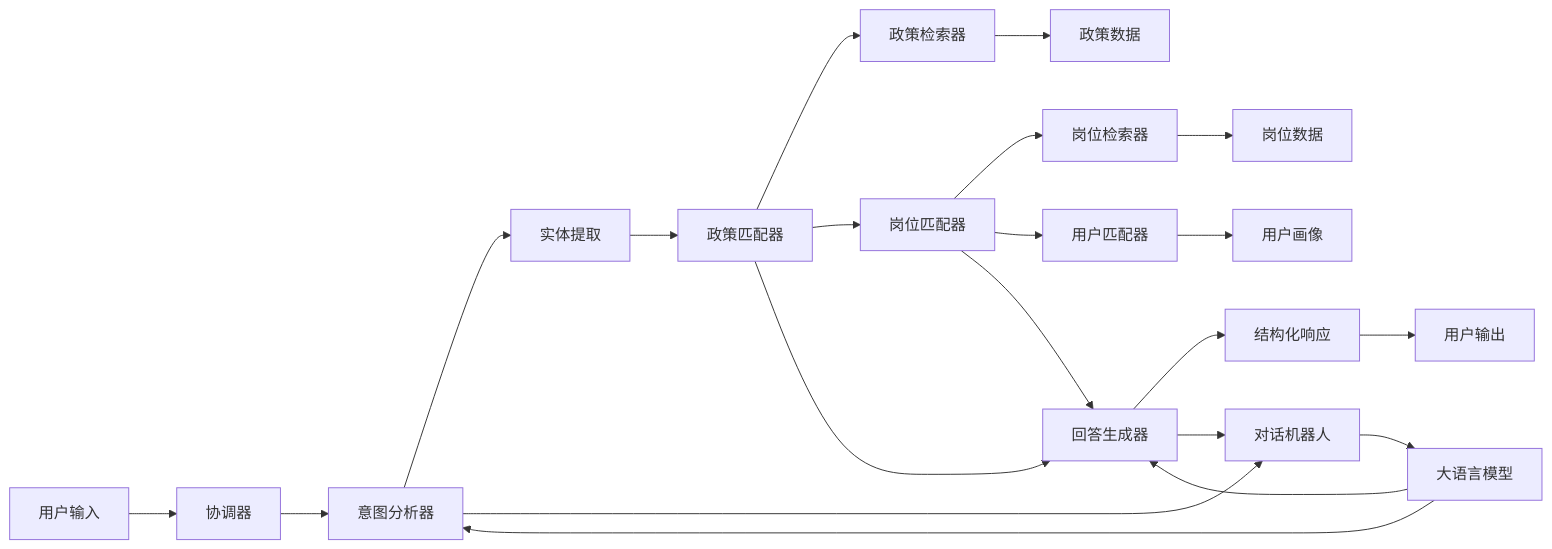
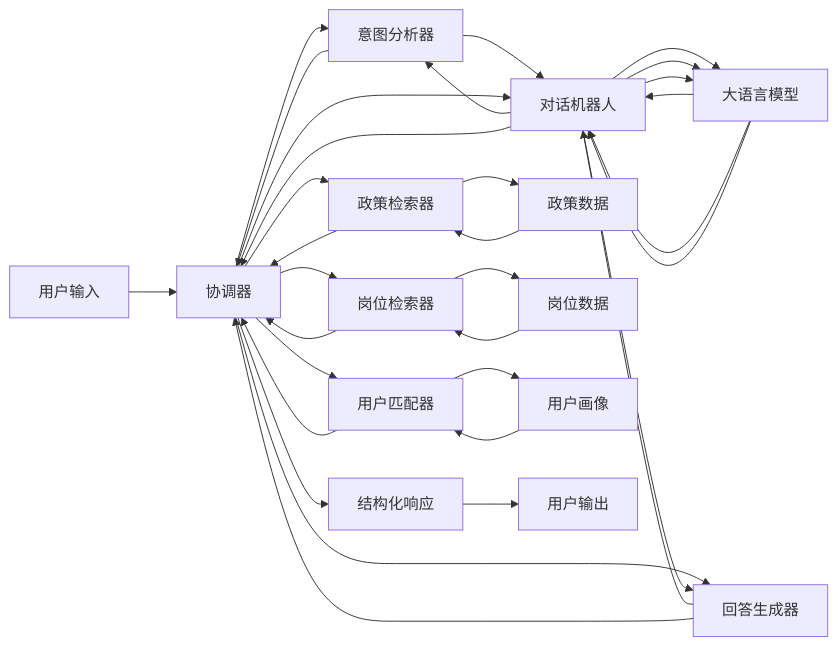
One commit to tianyong0618/policiespoc changed the second of 2 diagrams in doc/04_工程过程/03_系统设计/01_概要设计/project_architecture_plan.md. Above: the diagram before and after it, drawn with Mermaid.

Commit message:
docs(系统设计): 更新项目架构图中的流程交互关系
重构架构图以更清晰地展示各组件间的交互流程，特别是协调器与对话机器人、大语言模型之间的双向通信关系

````diff
--- a/doc/04_工程过程/03_系统设计/01_概要设计/project_architecture_plan.md
+++ b/doc/04_工程过程/03_系统设计/01_概要设计/project_architecture_plan.md
@@ -166,24 +166,40 @@
 ```mermaid
 graph LR
     UserInput[用户输入] --> Orchestrator[协调器]
     Orchestrator --> IntentAnalyzer[意图分析器]
-    IntentAnalyzer --> EntityExtraction[实体提取]
-    EntityExtraction --> PolicyMatcher[政策匹配器]
-    PolicyMatcher --> PolicyRetriever[政策检索器]
+    IntentAnalyzer --> ChatBot[对话机器人]
+    ChatBot --> LLM[大语言模型]
+    LLM --> ChatBot
+    ChatBot --> IntentAnalyzer
+    IntentAnalyzer --> Orchestrator
+    
+    Orchestrator --> PolicyRetriever[政策检索器]
     PolicyRetriever --> PolicyData[政策数据]
-    PolicyMatcher --> JobMatcher[岗位匹配器]
-    JobMatcher --> JobRetriever[岗位检索器]
+    PolicyData --> PolicyRetriever
+    PolicyRetriever --> Orchestrator
+    
+    Orchestrator --> ChatBot
+    ChatBot --> LLM
+    LLM --> ChatBot
+    ChatBot --> Orchestrator
+    
+    Orchestrator --> ResponseGenerator[回答生成器]
+    ResponseGenerator --> ChatBot
+    ChatBot --> LLM
+    LLM --> ChatBot
+    ChatBot --> ResponseGenerator
+    ResponseGenerator --> Orchestrator
+    
+    Orchestrator --> JobRetriever[岗位检索器]
     JobRetriever --> JobData[岗位数据]
-    JobMatcher --> UserMatcher[用户匹配器]
+    JobData --> JobRetriever
+    JobRetriever --> Orchestrator
+    
+    Orchestrator --> UserMatcher[用户匹配器]
     UserMatcher --> UserProfile[用户画像]
-    PolicyMatcher --> ResponseGenerator[回答生成器]
-    JobMatcher --> ResponseGenerator
-    ResponseGenerator --> StructuredResponse[结构化响应]
+    UserProfile --> UserMatcher
+    UserMatcher --> Orchestrator
+    
+    Orchestrator --> StructuredResponse[结构化响应]
     StructuredResponse --> UserOutput[用户输出]
-    
-    IntentAnalyzer --> ChatBot[对话机器人]
-    ResponseGenerator --> ChatBot
-    ChatBot --> LLM[大语言模型]
-    LLM --> IntentAnalyzer
-    LLM --> ResponseGenerator
 ```
````
